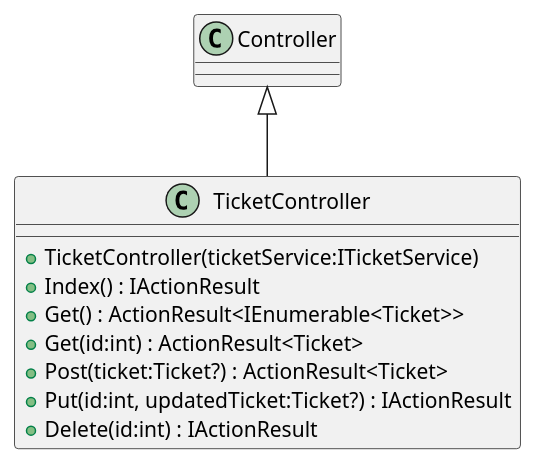
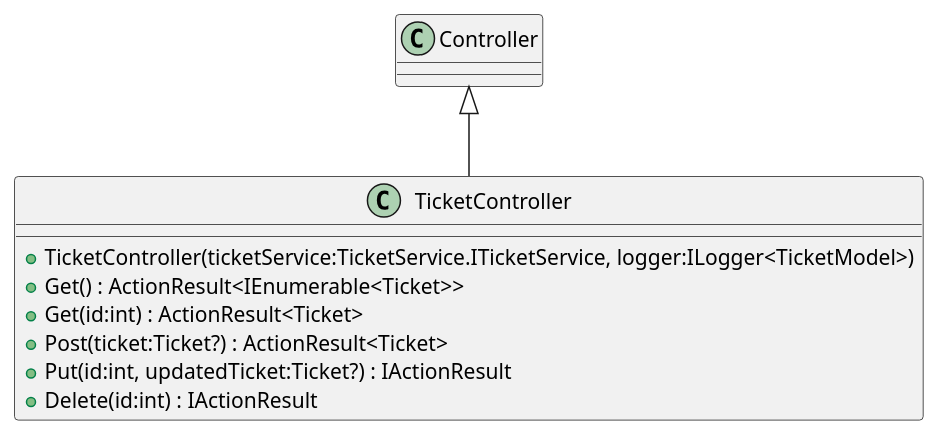
Before and after one commit to lh1207/AeroAssist: the diagram in puml/Controllers/TicketController.puml, drawn with PlantUML. The commit also changed 13 other files, not shown here.

Commit message:
Generate PlantUML diagram

```diff
--- a/puml/Controllers/TicketController.puml
+++ b/puml/Controllers/TicketController.puml
@@ -1,12 +1,11 @@
 @startuml
 class TicketController {
-    + TicketController(ticketService:ITicketService)
-    + Index() : IActionResult
+    + TicketController(ticketService:TicketService.ITicketService, logger:ILogger<TicketModel>)
     + Get() : ActionResult<IEnumerable<Ticket>>
     + Get(id:int) : ActionResult<Ticket>
     + Post(ticket:Ticket?) : ActionResult<Ticket>
     + Put(id:int, updatedTicket:Ticket?) : IActionResult
     + Delete(id:int) : IActionResult
 }
 Controller <|-- TicketController
 @enduml
```
